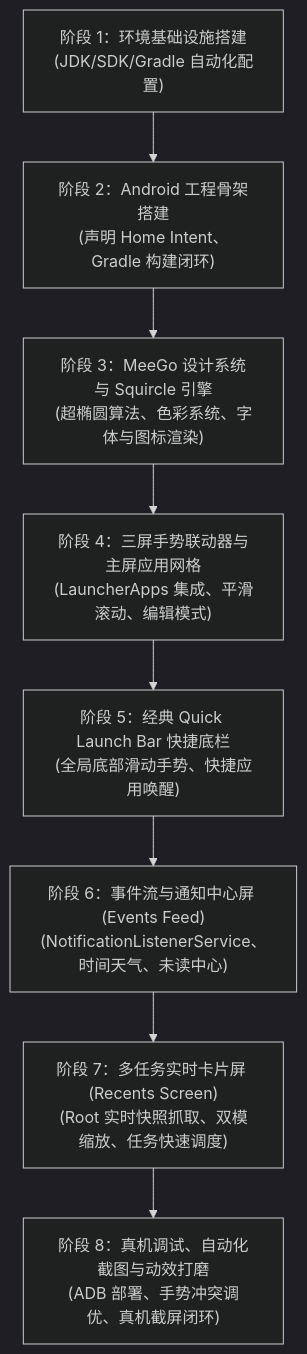
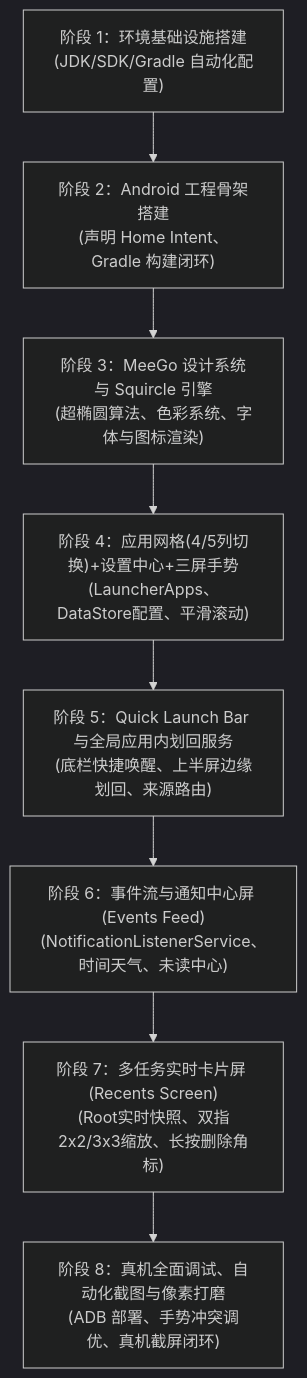
The diagram in MEEGO_LAUNCHER_TECH_SPEC.md (tinytinycn/meego-launcher), drawn with Mermaid (dark theme) before and after one commit. The commit also changed other lines of this file, not shown here.

````diff
--- a/MEEGO_LAUNCHER_TECH_SPEC.md
+++ b/MEEGO_LAUNCHER_TECH_SPEC.md
@@ -219,10 +275,10 @@
 ```mermaid
 flowchart TD
     M1["阶段 1：环境基础设施搭建\n(JDK/SDK/Gradle 自动化配置)"] --> M2["阶段 2：Android 工程骨架搭建\n(声明 Home Intent、Gradle 构建闭环)"]
     M2 --> M3["阶段 3：MeeGo 设计系统与 Squircle 引擎\n(超椭圆算法、色彩系统、字体与图标渲染)"]
-    M3 --> M4["阶段 4：三屏手势联动器与主屏应用网格\n(LauncherApps 集成、平滑滚动、编辑模式)"]
-    M4 --> M5["阶段 5：经典 Quick Launch Bar 快捷底栏\n(全局底部滑动手势、快捷应用唤醒)"]
+    M3 --> M4["阶段 4：应用网格(4/5列切换)+设置中心+三屏手势\n(LauncherApps、DataStore配置、平滑滚动)"]
+    M4 --> M5["阶段 5：Quick Launch Bar 与全局应用内划回服务\n(底栏快捷唤醒、上半屏边缘划回、来源路由)"]
     M5 --> M6["阶段 6：事件流与通知中心屏 (Events Feed)\n(NotificationListenerService、时间天气、未读中心)"]
-    M6 --> M7["阶段 7：多任务实时卡片屏 (Recents Screen)\n(Root 实时快照抓取、双模缩放、任务快速调度)"]
-    M7 --> M8["阶段 8：真机调试、自动化截图与动效打磨\n(ADB 部署、手势冲突调优、真机截屏闭环)"]
+    M6 --> M7["阶段 7：多任务实时卡片屏 (Recents Screen)\n(Root实时快照、双指2x2/3x3缩放、长按删除角标)"]
+    M7 --> M8["阶段 8：真机全面调试、自动化截图与像素打磨\n(ADB 部署、手势冲突调优、真机截屏闭环)"]
 ```
````
